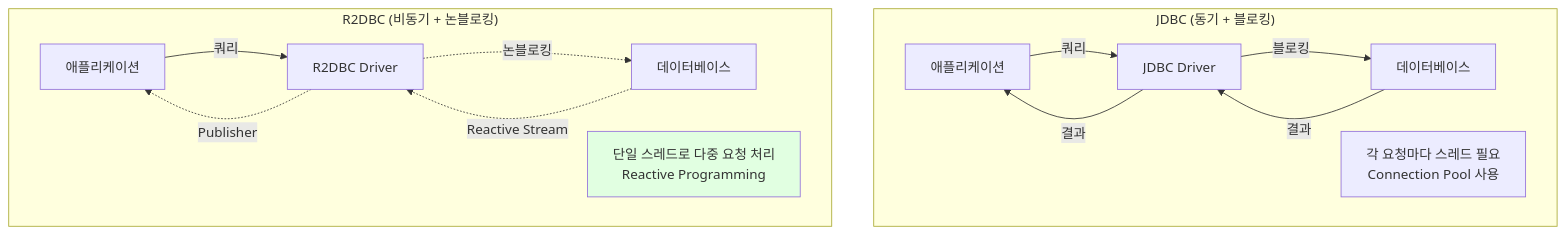
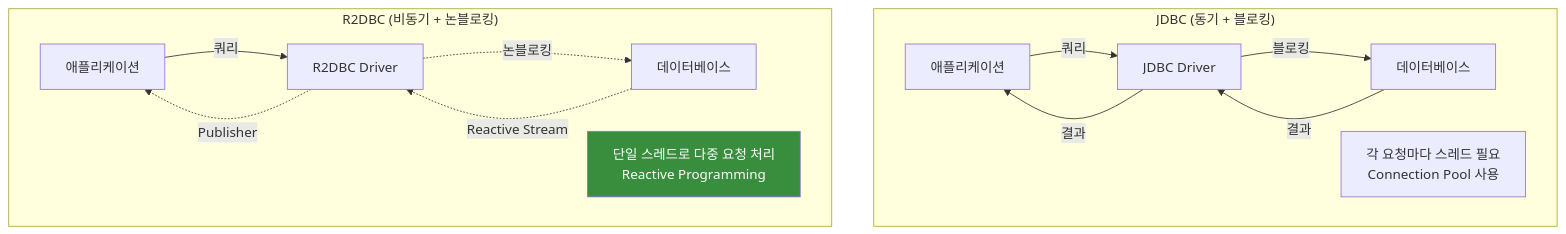
One commit to sskim91/TIL changed diagram 12 of 14 in computer-science/동기-비동기-블로킹-논블로킹.md. Above: the diagram before and after it, drawn with Mermaid. The commit also changed other lines of this file and 1 other file, not shown here.

````diff
--- a/computer-science/동기-비동기-블로킹-논블로킹.md
+++ b/computer-science/동기-비동기-블로킹-논블로킹.md
@@ -795,22 +795,22 @@
 ```mermaid
 graph TB
     subgraph "JDBC (동기 + 블로킹)"
         A[애플리케이션] -->|쿼리| B[JDBC Driver]
         B -->|블로킹| C[데이터베이스]
         C -->|결과| B
         B -->|결과| A
 
         Note1["각 요청마다 스레드 필요<br/>Connection Pool 사용"]
     end
 
     subgraph "R2DBC (비동기 + 논블로킹)"
         D[애플리케이션] -->|쿼리| E[R2DBC Driver]
         E -.->|논블로킹| F[데이터베이스]
         F -.->|Reactive Stream| E
         E -.->|Publisher| D
 
         Note2["단일 스레드로 다중 요청 처리<br/>Reactive Programming"]
     end
 
-    style Note2 fill:#e1ffe1
+    style Note2 fill:#388E3C,color:#fff
 ```
````
